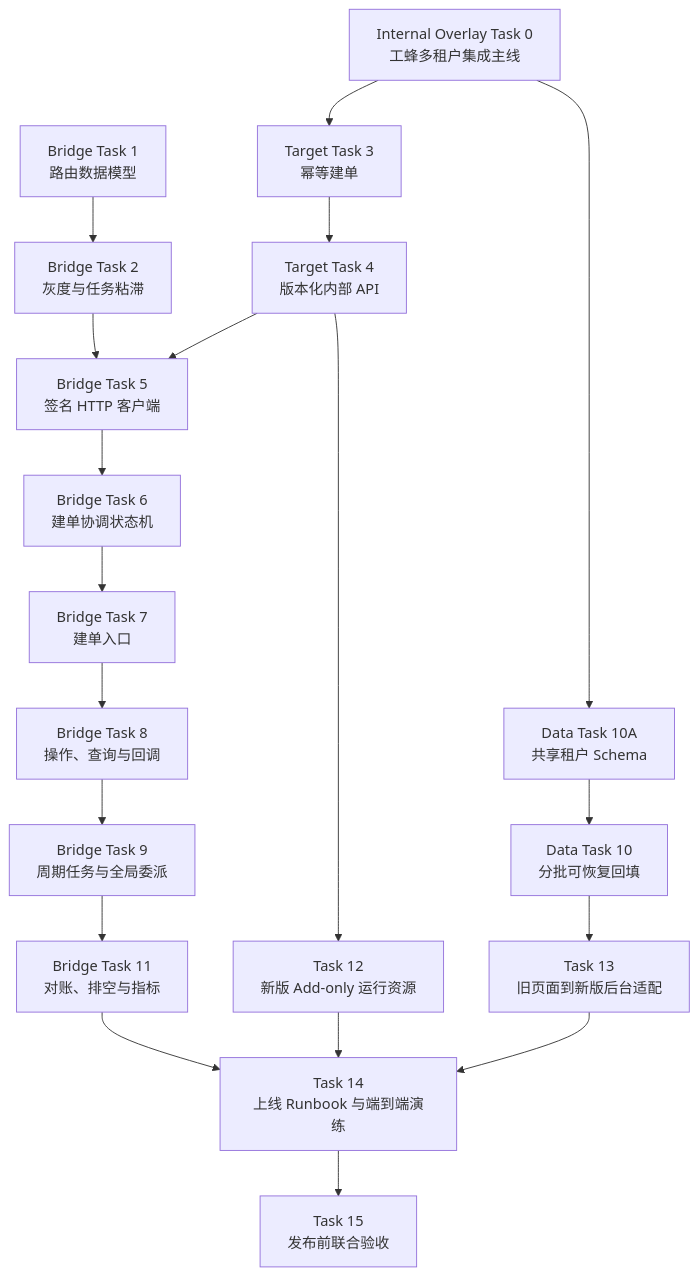
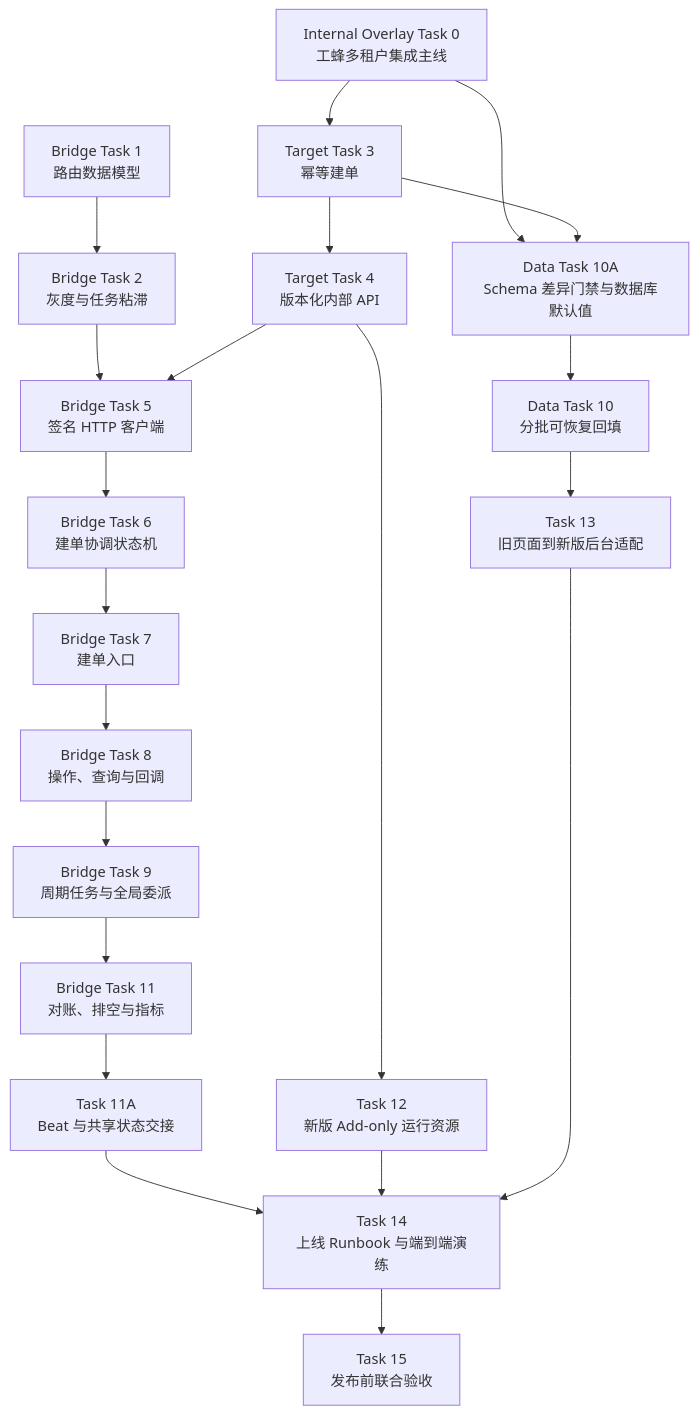
The diagram in docs/plans/2026-09-04-multi-tenant-gray-migration.md (TencentBlueKing/bk-sops), drawn with Mermaid before and after one commit. The commit also changed other lines of this file and 2 other files, not shown here.

````diff
--- a/docs/plans/2026-09-04-multi-tenant-gray-migration.md
+++ b/docs/plans/2026-09-04-multi-tenant-gray-migration.md
@@ -1235,32 +1444,34 @@
 ```mermaid
 flowchart TD
     T0["Internal Overlay Task 0<br/>工蜂多租户集成主线"]
     T3["Target Task 3<br/>幂等建单"]
     T4["Target Task 4<br/>版本化内部 API"]
     T12["Task 12<br/>新版 Add-only 运行资源"]
 
-    T10A["Data Task 10A<br/>共享租户 Schema"]
+    T10A["Data Task 10A<br/>Schema 差异门禁与数据库默认值"]
     T10["Data Task 10<br/>分批可恢复回填"]
     T13["Task 13<br/>旧页面到新版后台适配"]
 
     T1["Bridge Task 1<br/>路由数据模型"]
     T2["Bridge Task 2<br/>灰度与任务粘滞"]
     T5["Bridge Task 5<br/>签名 HTTP 客户端"]
     T6["Bridge Task 6<br/>建单协调状态机"]
     T7["Bridge Task 7<br/>建单入口"]
     T8["Bridge Task 8<br/>操作、查询与回调"]
     T9["Bridge Task 9<br/>周期任务与全局委派"]
     T11["Bridge Task 11<br/>对账、排空与指标"]
+    T11A["Task 11A<br/>Beat 与共享状态交接"]
 
     T14["Task 14<br/>上线 Runbook 与端到端演练"]
     T15["Task 15<br/>发布前联合验收"]
 
     T0 --> T3 --> T4 --> T12
     T0 --> T10A --> T10 --> T13
-    T1 --> T2 --> T5 --> T6 --> T7 --> T8 --> T9 --> T11
+    T3 --> T10A
+    T1 --> T2 --> T5 --> T6 --> T7 --> T8 --> T9 --> T11 --> T11A
     T4 --> T5
-    T11 --> T14
+    T11A --> T14
     T12 --> T14
     T13 --> T14
     T14 --> T15
 ```
````
